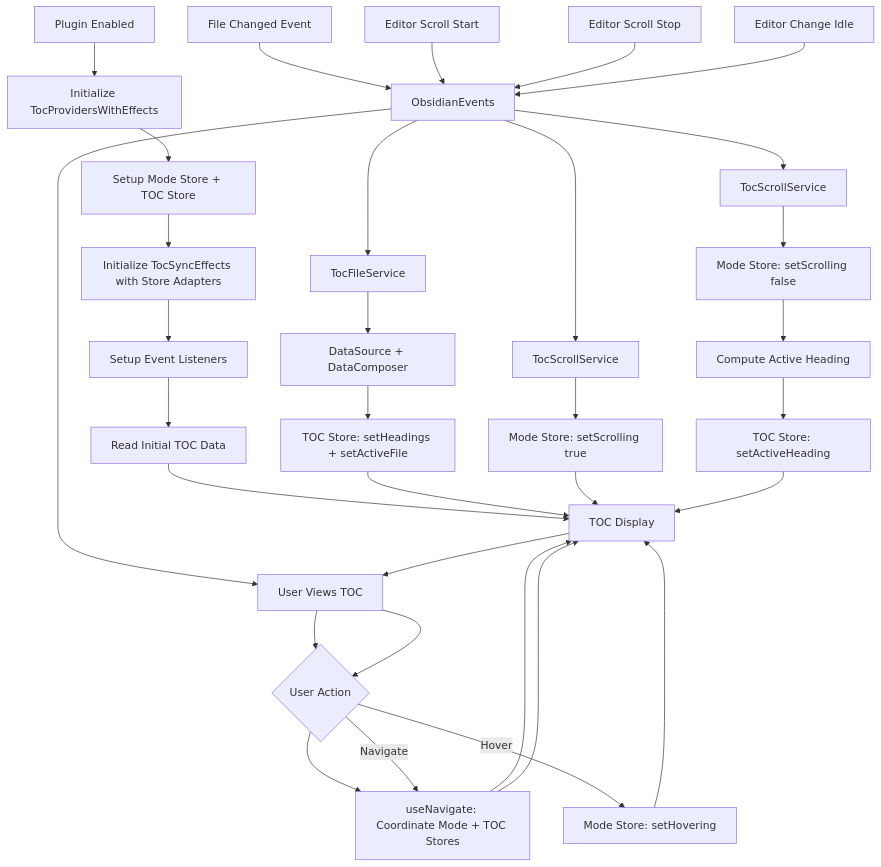
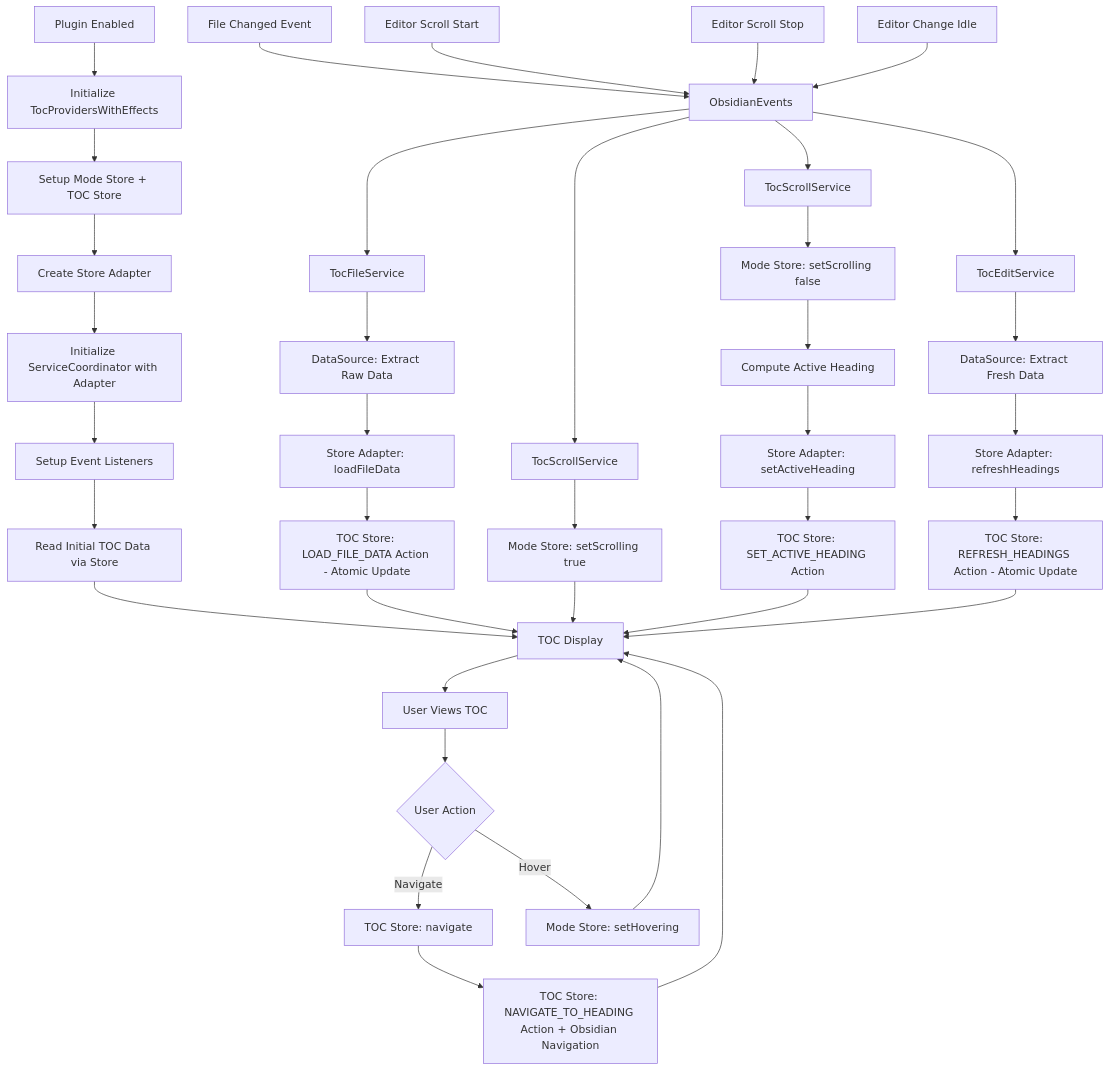
One commit to liux4989/MDViewer changed the diagram in doc/specs/float_toc/architecture.md. Above: the diagram before and after it, drawn with Mermaid. The commit also changed other lines of this file and 15 other files, not shown here.

Commit message:
refactor : atomic file and headings actions

````diff
--- a/doc/specs/float_toc/architecture.md
+++ b/doc/specs/float_toc/architecture.md
@@ -307,40 +286,45 @@
 ```mermaid
 flowchart TD
     A[Plugin Enabled] --> B[Initialize TocProvidersWithEffects]
     B --> C[Setup Mode Store + TOC Store]
-    C --> D[Initialize TocSyncEffects with Store Adapters]
-    D --> E[Setup Event Listeners]
-    E --> F[Read Initial TOC Data]
-    F --> G[TOC Display]
+    C --> D[Create Store Adapter]
+    D --> E[Initialize ServiceCoordinator with Adapter]
+    E --> F[Setup Event Listeners]
+    F --> G[Read Initial TOC Data via Store]
+    G --> H[TOC Display]
 
-    H[File Changed Event] --> I[ObsidianEvents]
-    I --> J[TocFileService]
-    J --> K[DataSource + DataComposer]
-    K --> L[TOC Store: setHeadings + setActiveFile]
-    L --> G
+    I[File Changed Event] --> J[ObsidianEvents]
+    J --> K[TocFileService]
+    K --> L[DataSource: Extract Raw Data]
+    L --> M[Store Adapter: loadFileData]
+    M --> N[TOC Store: LOAD_FILE_DATA Action - Atomic Update]
+    N --> H
 
-    M[Editor Scroll Start] --> I
-    I --> N[TocScrollService]
-    N --> O[Mode Store: setScrolling true]
-    O --> G
+    O[Editor Scroll Start] --> J
+    J --> P[TocScrollService]
+    P --> Q[Mode Store: setScrolling true]
+    Q --> H
 
-    P[Editor Scroll Stop] --> I
-    I --> Q[TocScrollService]
-    Q --> R[Mode Store: setScrolling false]
-    R --> S[Compute Active Heading]
-    S --> T[TOC Store: setActiveHeading]
-    T --> G
+    R[Editor Scroll Stop] --> J
+    J --> S[TocScrollService]
+    S --> T[Mode Store: setScrolling false]
+    T --> U[Compute Active Heading]
+    U --> V[Store Adapter: setActiveHeading]
+    V --> W[TOC Store: SET_ACTIVE_HEADING Action]
+    W --> H
 
-    U[Editor Change Idle] --> I
-    I --> V[TocEditService]
-    V --> W[DataSource + DataComposer]
-    W --> X[TOC Store: setHeadings]
-    X --> G
+    X[Editor Change Idle] --> J
+    J --> Y[TocEditService]
+    Y --> Z[DataSource: Extract Fresh Data]
+    Z --> AA[Store Adapter: refreshHeadings]
+    AA --> BB[TOC Store: REFRESH_HEADINGS Action - Atomic Update]
+    BB --> H
 
-    G --> V[User Views TOC]
-    V --> W{User Action}
-    W -->|Navigate| X[useNavigate: Coordinate Mode + TOC Stores]
-    W -->|Hover| Y[Mode Store: setHovering]
-    X --> G
-    Y --> G
+    H --> CC[User Views TOC]
+    CC --> DD{User Action}
+    DD -->|Navigate| EE[TOC Store: navigate]
+    DD -->|Hover| FF[Mode Store: setHovering]
+    EE --> GG[TOC Store: NAVIGATE_TO_HEADING Action + Obsidian Navigation]
+    GG --> H
+    FF --> H
 ```
````
